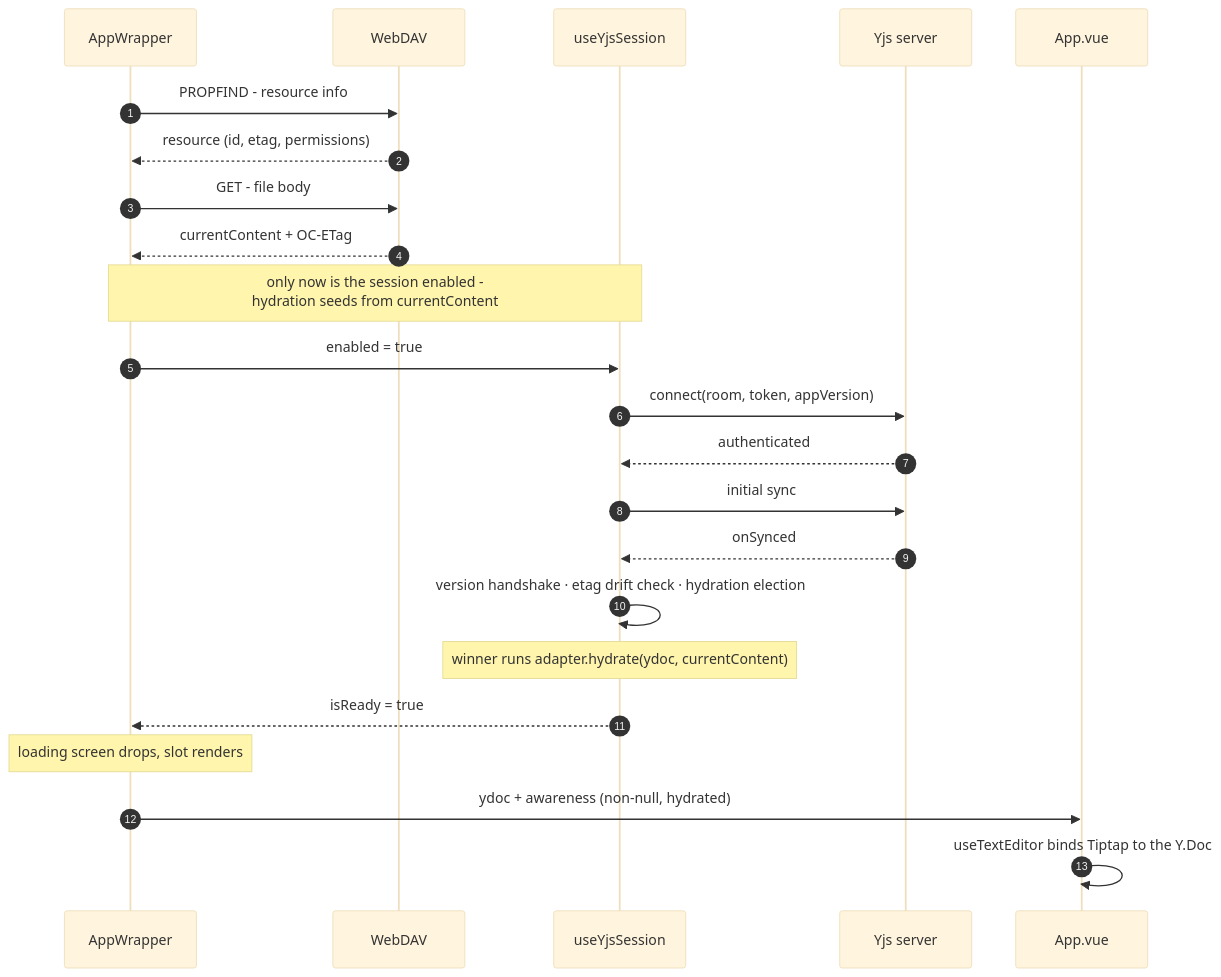
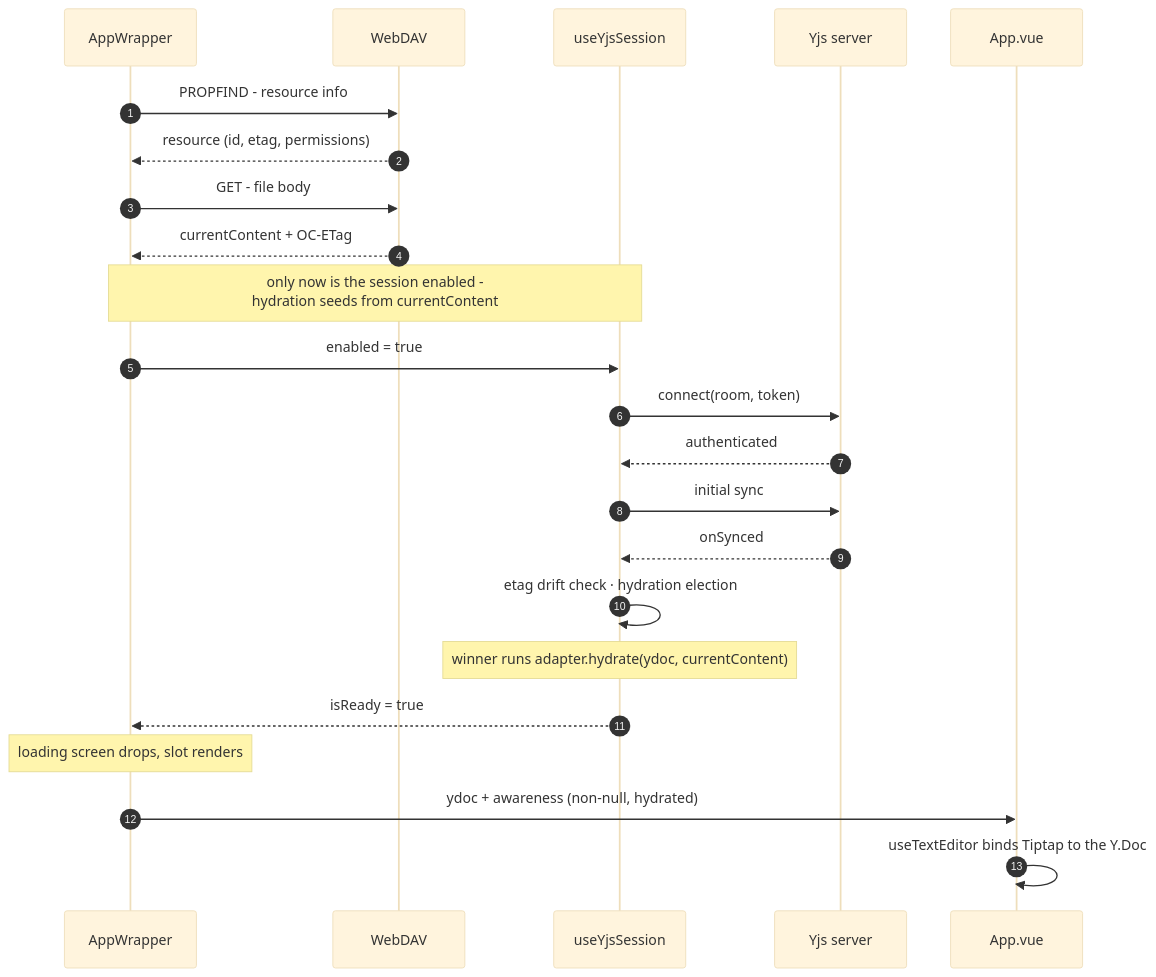
Before and after one commit to opencloud-eu/web: the fifth of 6 diagrams in dev/docs/yjs.md, drawn with Mermaid (base theme). The commit also changed other lines of this file and 10 other files, not shown here.

````diff
--- a/dev/docs/yjs.md
+++ b/dev/docs/yjs.md
@@ -223,26 +255,26 @@
 ```mermaid
 sequenceDiagram
     autonumber
     participant AW as AppWrapper
     participant DAV as WebDAV
     participant S as useYjsSession
     participant HP as Yjs server
     participant APP as App.vue
 
     AW->>DAV: PROPFIND - resource info
     DAV-->>AW: resource (id, etag, permissions)
     AW->>DAV: GET - file body
     DAV-->>AW: currentContent + OC-ETag
     Note over AW,S: only now is the session enabled -<br/>hydration seeds from currentContent
     AW->>S: enabled = true
-    S->>HP: connect(room, token, appVersion)
+    S->>HP: connect(room, token)
     HP-->>S: authenticated
     S->>HP: initial sync
     HP-->>S: onSynced
-    S->>S: version handshake · etag drift check · hydration election
+    S->>S: etag drift check · hydration election
     Note over S: winner runs adapter.hydrate(ydoc, currentContent)
     S-->>AW: isReady = true
     Note over AW: loading screen drops, slot renders
     AW->>APP: ydoc + awareness (non-null, hydrated)
     APP->>APP: useTextEditor binds Tiptap to the Y.Doc
 ```
````
